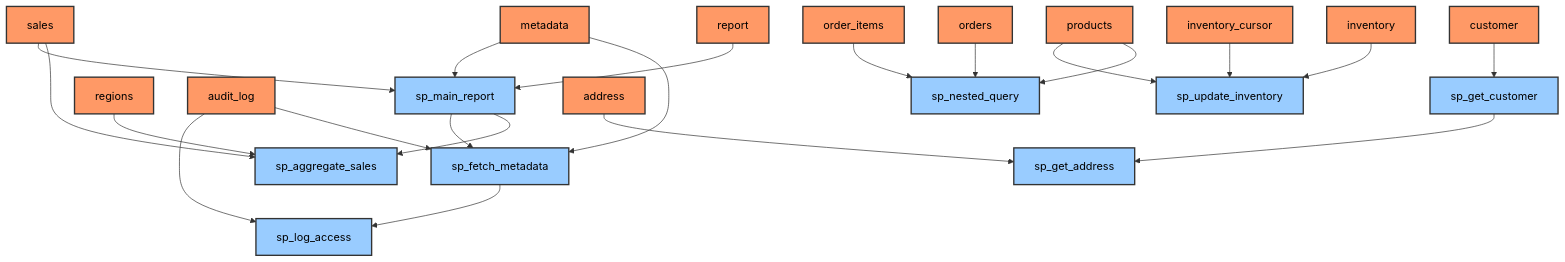
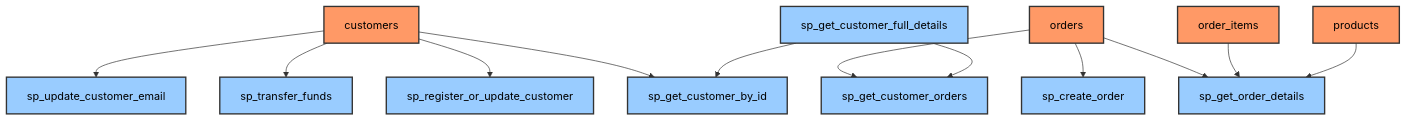
Before and after one commit to 25Jayesh10/Data_Lineage_Analyzer: the diagram in diagrams/lineage.mmd, drawn with Mermaid. The commit also changed 11 other files, not shown here.

```diff
--- a/diagrams/lineage.mmd
+++ b/diagrams/lineage.mmd
@@ -1,26 +1,17 @@
 graph TD
     %% Node styles
     classDef table fill:#f96,stroke:#333,stroke-width:2px,color:#000;
     classDef stored_proc fill:#9cf,stroke:#333,stroke-width:2px ,color:#000;
-    report --> sp_main_report
-    sales --> sp_aggregate_sales
-    sales --> sp_main_report
-    metadata --> sp_fetch_metadata
-    metadata --> sp_main_report
-    sp_main_report --> sp_aggregate_sales
-    sp_main_report --> sp_fetch_metadata
-    regions --> sp_aggregate_sales
-    audit_log --> sp_fetch_metadata
-    audit_log --> sp_log_access
-    sp_fetch_metadata --> sp_log_access
-    customer --> sp_get_customer
-    sp_get_customer --> sp_get_address
-    address --> sp_get_address
-    orders --> sp_nested_query
-    order_items --> sp_nested_query
-    products --> sp_nested_query
-    products --> sp_update_inventory
-    inventory --> sp_update_inventory
-    inventory_cursor --> sp_update_inventory
-    class sales,products,inventory,orders,metadata,regions,customer,audit_log,inventory_cursor,address,order_items,report table;
-    class sp_main_report,sp_nested_query,sp_get_address,sp_log_access,sp_update_inventory,sp_aggregate_sales,sp_fetch_metadata,sp_get_customer stored_proc;
+    customers --> sp_get_customer_by_id
+    customers --> sp_register_or_update_customer
+    customers --> sp_transfer_funds
+    customers --> sp_update_customer_email
+    orders --> sp_create_order
+    orders --> sp_get_customer_orders
+    orders --> sp_get_order_details
+    sp_get_customer_full_details --> sp_get_customer_by_id
+    sp_get_customer_full_details --> sp_get_customer_orders
+    order_items --> sp_get_order_details
+    products --> sp_get_order_details
+    class customers,orders,order_items,products table;
+    class sp_get_customer_orders,sp_update_customer_email,sp_transfer_funds,sp_get_order_details,sp_get_customer_full_details,sp_register_or_update_customer,sp_create_order,sp_get_customer_by_id stored_proc;
```
